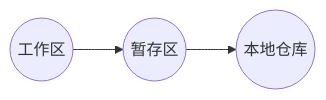
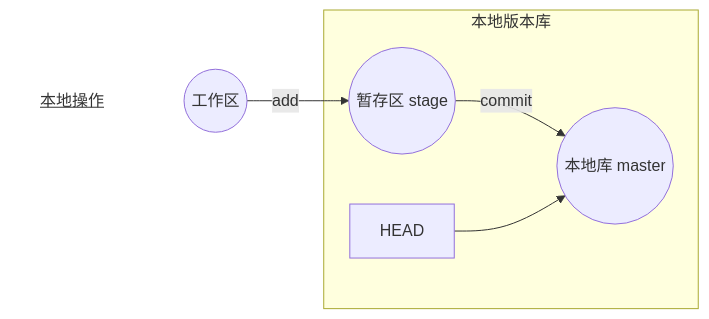
One commit to Kimwangqing/Kimwangqing.github.io changed the first of 3 diagrams in 如何使用GIT搭建个人博客/如何使用GIT搭建个人博客.md. Above: the diagram before and after it, drawn with Mermaid. The commit also changed other lines of this file and 9 other files, not shown here.

````diff
--- a/如何使用GIT搭建个人博客/如何使用GIT搭建个人博客.md
+++ b/如何使用GIT搭建个人博客/如何使用GIT搭建个人博客.md
@@ -48,5 +46,14 @@
 ```mermaid
 graph LR
-D1((工作区))-->D2((暂存区))
-D2((暂存区))-->D3((本地仓库))
+
+title[<u>本地操作</u>]
+title-->D1
+style title fill:#FFF,stroke:#FFF
+linkStyle 0 stroke:#FFF,stroke-width:0;
+
+D1((工作区))--add-->D2((暂存区 stage))
+subgraph 本地版本库
+D2((暂存区 stage))--commit-->D3((本地库 master))
+D4[HEAD]-->D3((本地库 master))
+end
 ```
````
